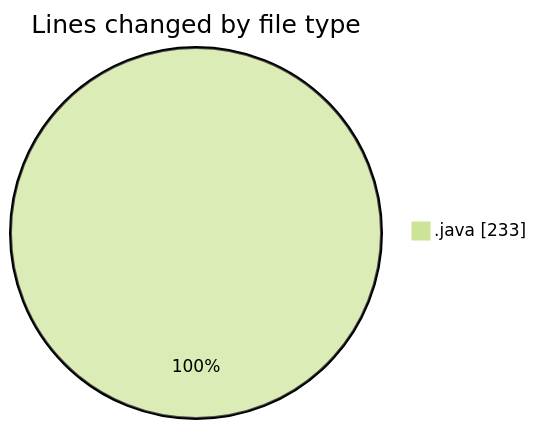
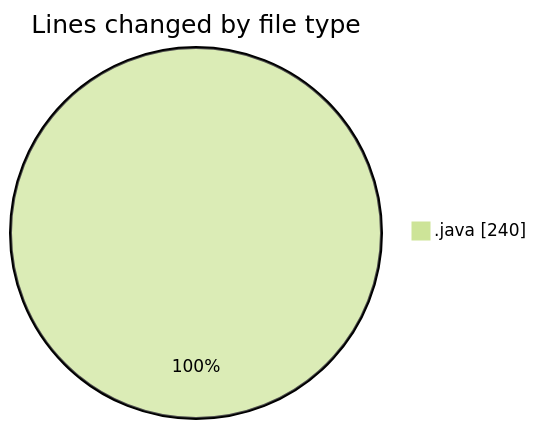
One commit to NitaiMahat/code-tracking changed the first of 2 diagrams in 2025-03-14/startfiles/README.md. Above: the diagram before and after it, drawn with Mermaid (forest theme). The commit also changed other lines of this file and 1 other file, not shown here.

````diff
--- a/2025-03-14/startfiles/README.md
+++ b/2025-03-14/startfiles/README.md
@@ -20,5 +20,5 @@
 ```mermaid
 pie showData
 title Lines changed by file type
-".java" : 233
+".java" : 240
 ```
````
